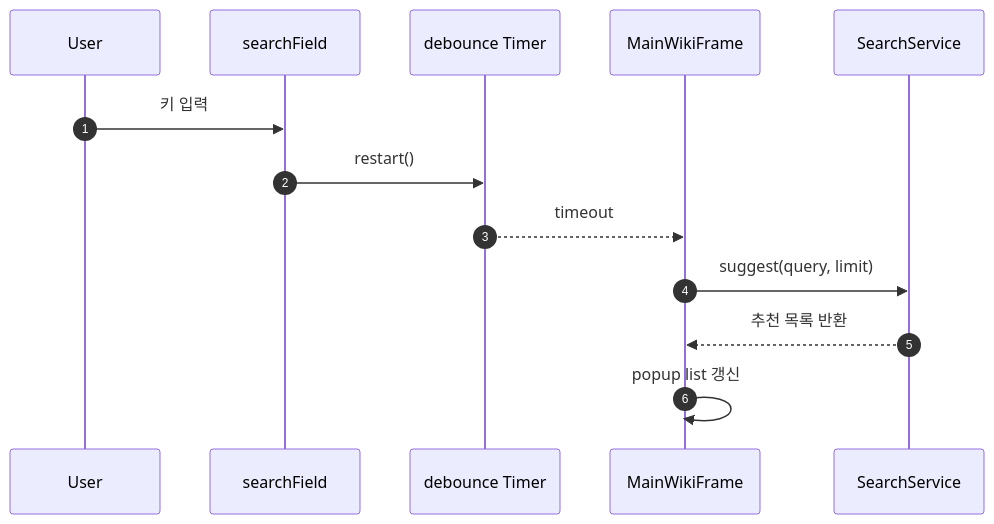
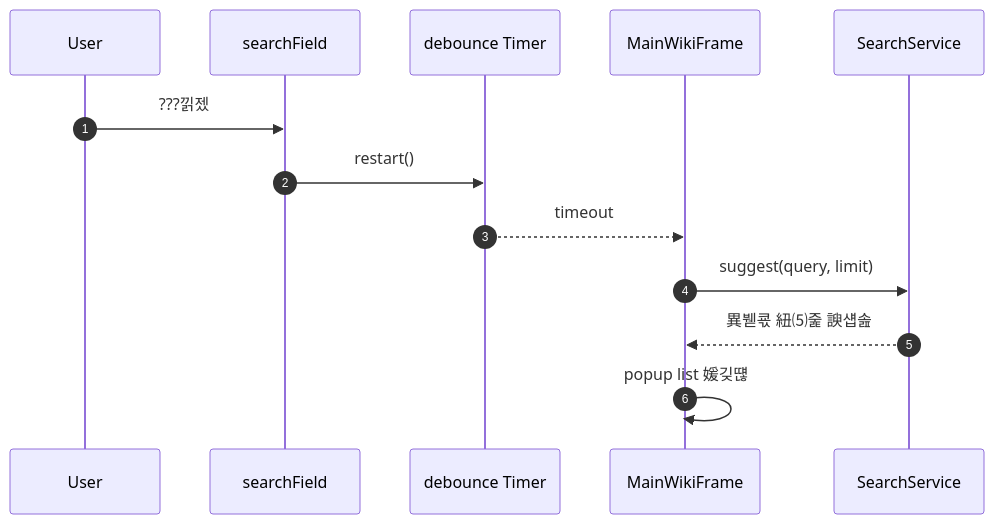
One commit to jegalhb/JAVA_WIKI_ONLINE changed the first of 22 diagrams in src/Reproject/README.md. Above: the diagram before and after it, drawn with Mermaid. The commit also changed other lines of this file, not shown here.

````diff
--- a/src/Reproject/README.md
+++ b/src/Reproject/README.md
@@ -86,16 +86,16 @@
 ```mermaid
 sequenceDiagram
     autonumber
     participant U as User
     participant SF as searchField
     participant T as debounce Timer
     participant MW as MainWikiFrame
     participant SS as SearchService
 
-    U->>SF: 키 입력
+    U->>SF: ???낅젰
     SF->>T: restart()
     T-->>MW: timeout
     MW->>SS: suggest(query, limit)
-    SS-->>MW: 추천 목록 반환
-    MW->>MW: popup list 갱신
+    SS-->>MW: 異붿쿇 紐⑸줉 諛섑솚
+    MW->>MW: popup list 媛깆떊
 ```
````
